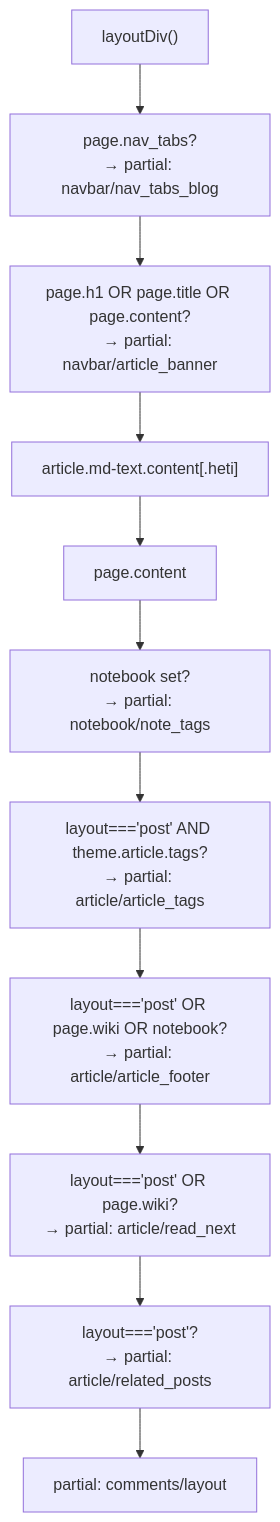
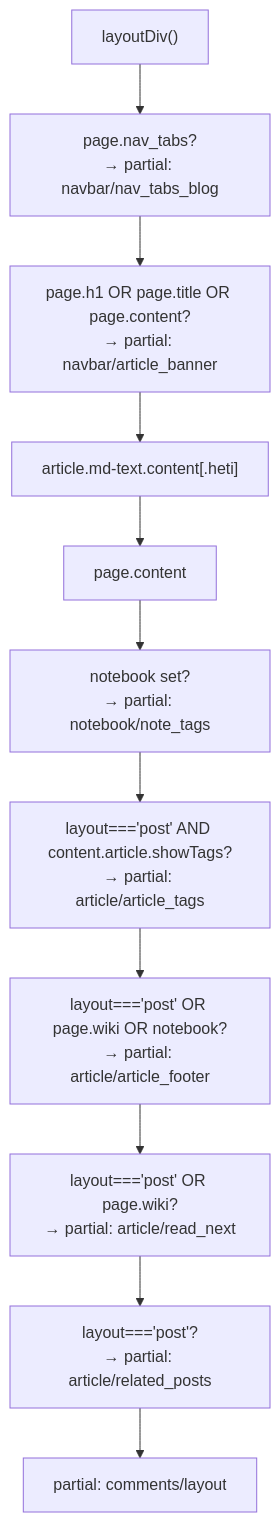
The fifth of 5 diagrams in docs/knowledge/02-布局系统/page-templates-routing.md (xaoxuu/hexo-theme-stellar), drawn with Mermaid before and after one commit. The commit also changed other lines of this file and 50 other files, not shown here.

````diff
--- a/docs/knowledge/02-布局系统/page-templates-routing.md
+++ b/docs/knowledge/02-布局系统/page-templates-routing.md
@@ -170,13 +170,13 @@
 ```mermaid
 flowchart TD
     START["layoutDiv()"] --> NAVTABS["page.nav_tabs?\n→ partial: navbar/nav_tabs_blog"]
     NAVTABS --> BANNER["page.h1 OR page.title OR page.content?\n→ partial: navbar/article_banner"]
     BANNER --> ARTICLE["article.md-text.content[.heti]"]
     ARTICLE --> CONTENT["page.content"]
     CONTENT --> NOTETAGS["notebook set?\n→ partial: notebook/note_tags"]
-    NOTETAGS --> TAGS["layout==='post' AND theme.article.tags?\n→ partial: article/article_tags"]
+    NOTETAGS --> TAGS["layout==='post' AND content.article.showTags?\n→ partial: article/article_tags"]
     TAGS --> FOOTER["layout==='post' OR page.wiki OR notebook?\n→ partial: article/article_footer"]
     FOOTER --> READNEXT["layout==='post' OR page.wiki?\n→ partial: article/read_next"]
     READNEXT --> RELATED["layout==='post'?\n→ partial: article/related_posts"]
     RELATED --> COMMENTS["partial: comments/layout"]
 ```
````
